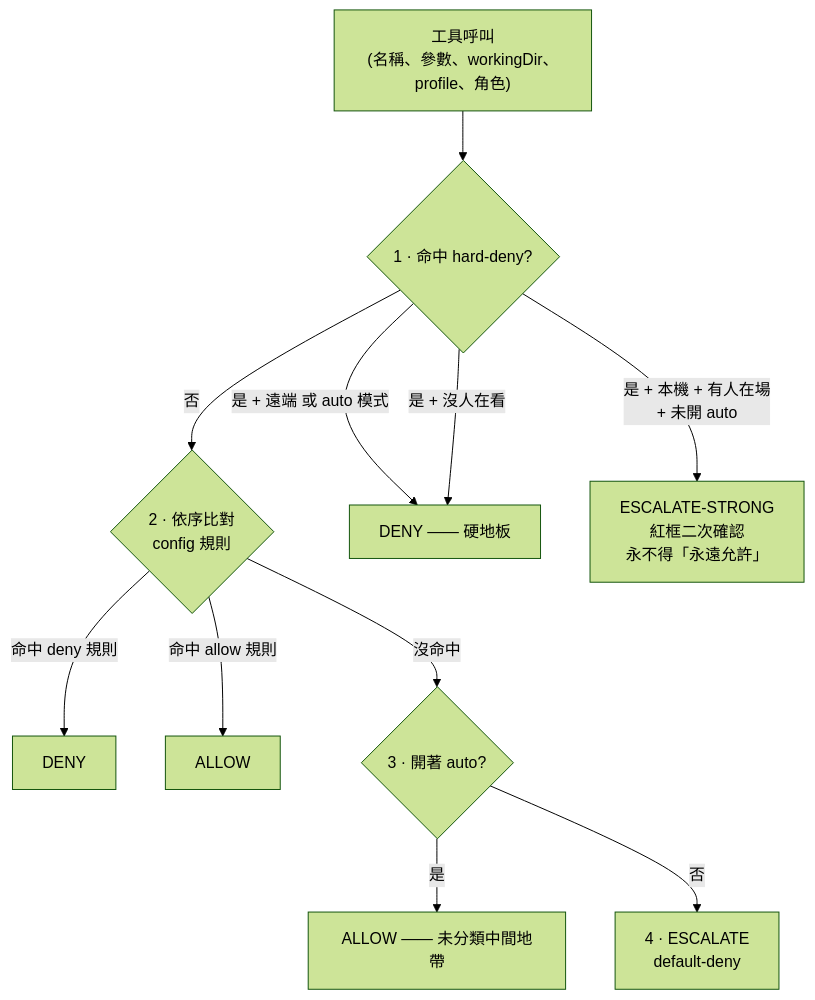
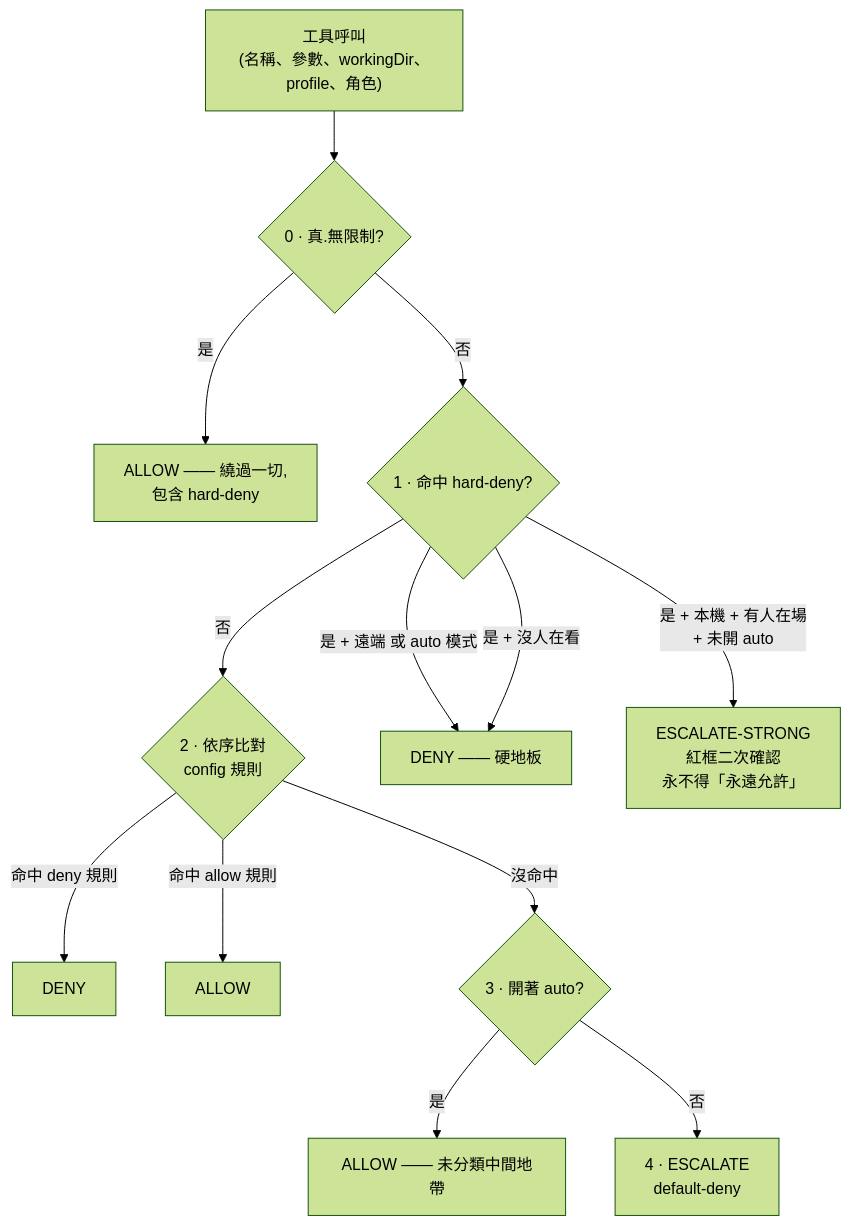
One commit to xing-101729/deskmony changed the first of 3 diagrams in README.zh-Hant.md. Above: the diagram before and after it, drawn with Mermaid (forest theme). The commit also changed other lines of this file and 3 other files, not shown here.

First line of the commit message:
Add a capability-oriented FEATURES.md, refresh remote-capability claims in README/ARCHITECTURE

````diff
--- a/README.zh-Hant.md
+++ b/README.zh-Hant.md
@@ -49,13 +49,15 @@
 ```mermaid
 flowchart TB
-    Req["工具呼叫<br/>(名稱、參數、workingDir、profile、角色)"] --> HD{"1 · 命中 hard-deny?"}
+    Req["工具呼叫<br/>(名稱、參數、workingDir、profile、角色)"] --> TU{"0 · 真.無限制?"}
+    TU -- 是 --> Allow0["ALLOW —— 繞過一切,<br/>包含 hard-deny"]
+    TU -- 否 --> HD{"1 · 命中 hard-deny?"}
     HD -- 否 --> Rules{"2 · 依序比對<br/>config 規則"}
     HD -- "是 + 遠端 或 auto 模式" --> Deny["DENY —— 硬地板"]
     HD -- "是 + 本機 + 有人在場<br/>+ 未開 auto" --> Strong["ESCALATE-STRONG<br/>紅框二次確認<br/>永不得「永遠允許」"]
     HD -- "是 + 沒人在看" --> Deny
     Rules -- "命中 deny 規則" --> Deny2["DENY"]
     Rules -- "命中 allow 規則" --> Allow["ALLOW"]
     Rules -- "沒命中" --> Auto{"3 · 開著 auto?"}
     Auto -- 是 --> Allow2["ALLOW —— 未分類中間地帶"]
     Auto -- 否 --> Esc["4 · ESCALATE<br/>default-deny"]
 ```
````
